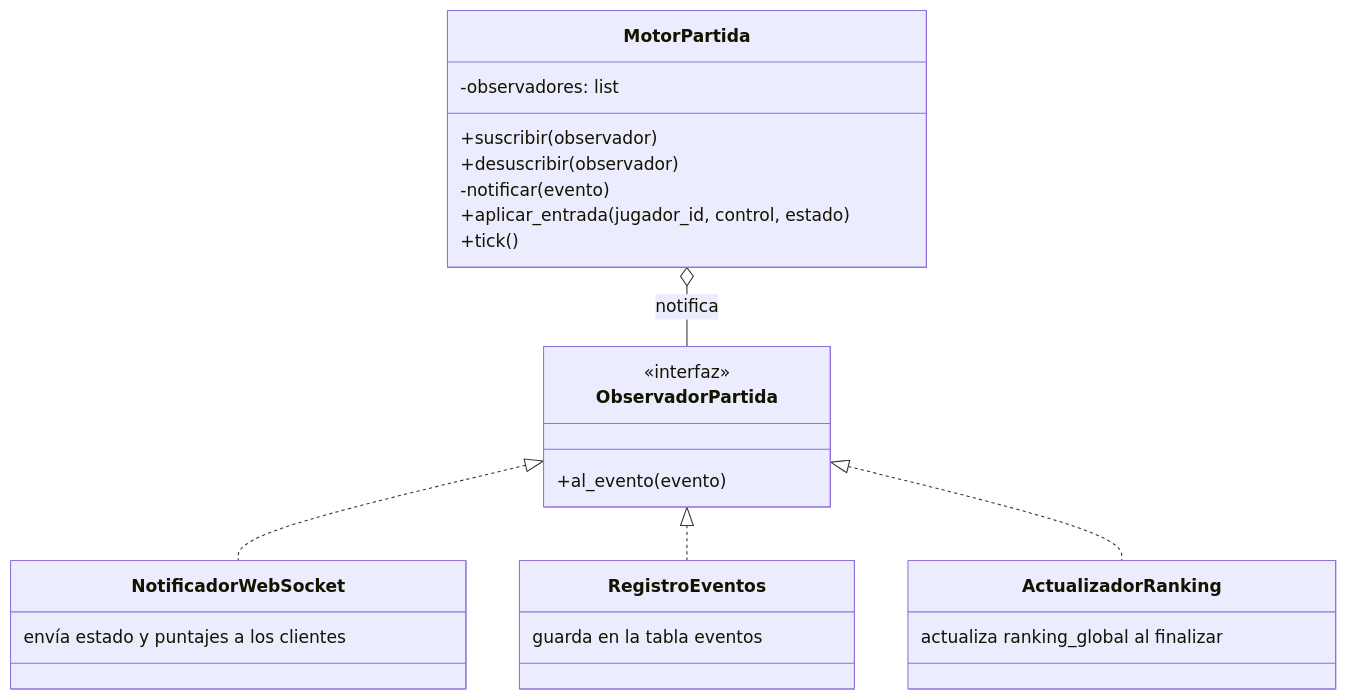
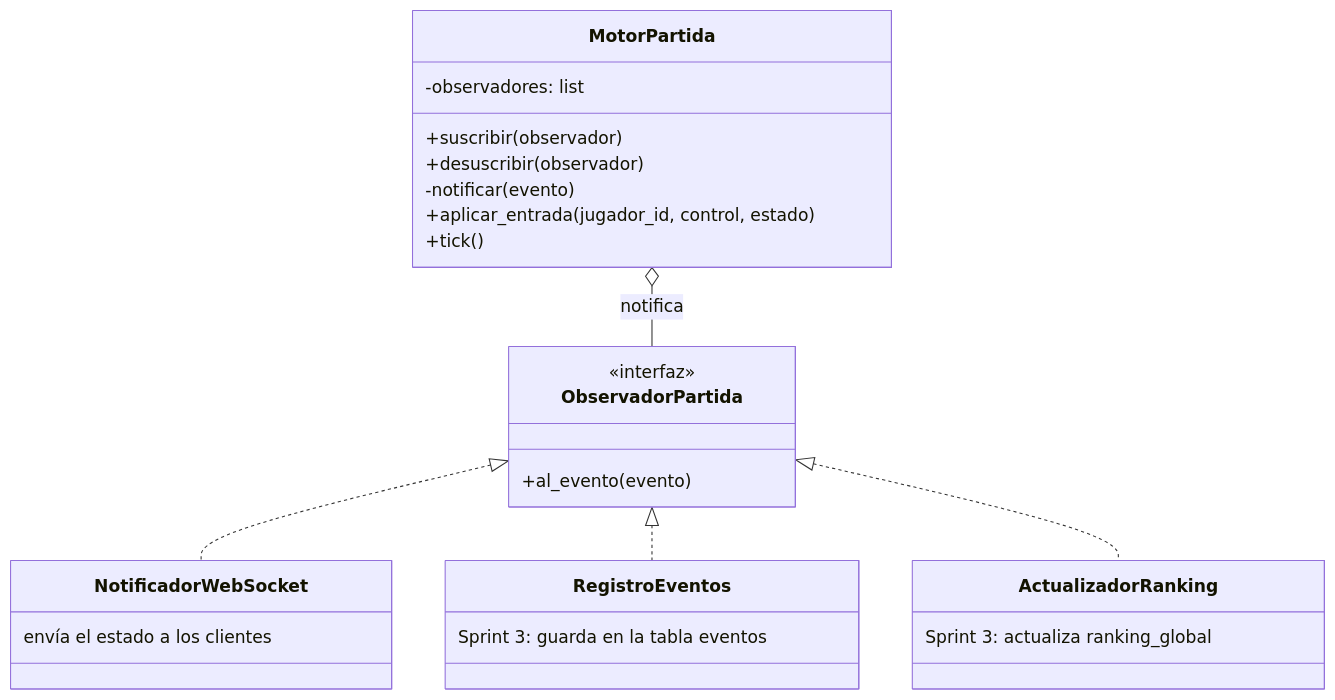
Before and after one commit to Fran0Li/Proyecto_Control_del_Reactor_Principios_Mod: the third of 3 diagrams in docs/adr/0003-patrones-de-arquitectura-y-diseno.md, drawn with Mermaid. The commit also changed other lines of this file, not shown here.

````diff
--- a/docs/adr/0003-patrones-de-arquitectura-y-diseno.md
+++ b/docs/adr/0003-patrones-de-arquitectura-y-diseno.md
@@ -222,28 +226,28 @@
 ```mermaid
 classDiagram
     class MotorPartida {
         -observadores: list
         +suscribir(observador)
         +desuscribir(observador)
         -notificar(evento)
         +aplicar_entrada(jugador_id, control, estado)
         +tick()
     }
     class ObservadorPartida {
         <<interfaz>>
         +al_evento(evento)
     }
     class NotificadorWebSocket {
-        envía estado y puntajes a los clientes
+        envía el estado a los clientes
     }
     class RegistroEventos {
-        guarda en la tabla eventos
+        Sprint 3: guarda en la tabla eventos
     }
     class ActualizadorRanking {
-        actualiza ranking_global al finalizar
+        Sprint 3: actualiza ranking_global
     }
     MotorPartida o-- ObservadorPartida : notifica
     ObservadorPartida <|.. NotificadorWebSocket
     ObservadorPartida <|.. RegistroEventos
     ObservadorPartida <|.. ActualizadorRanking
 ```
````
